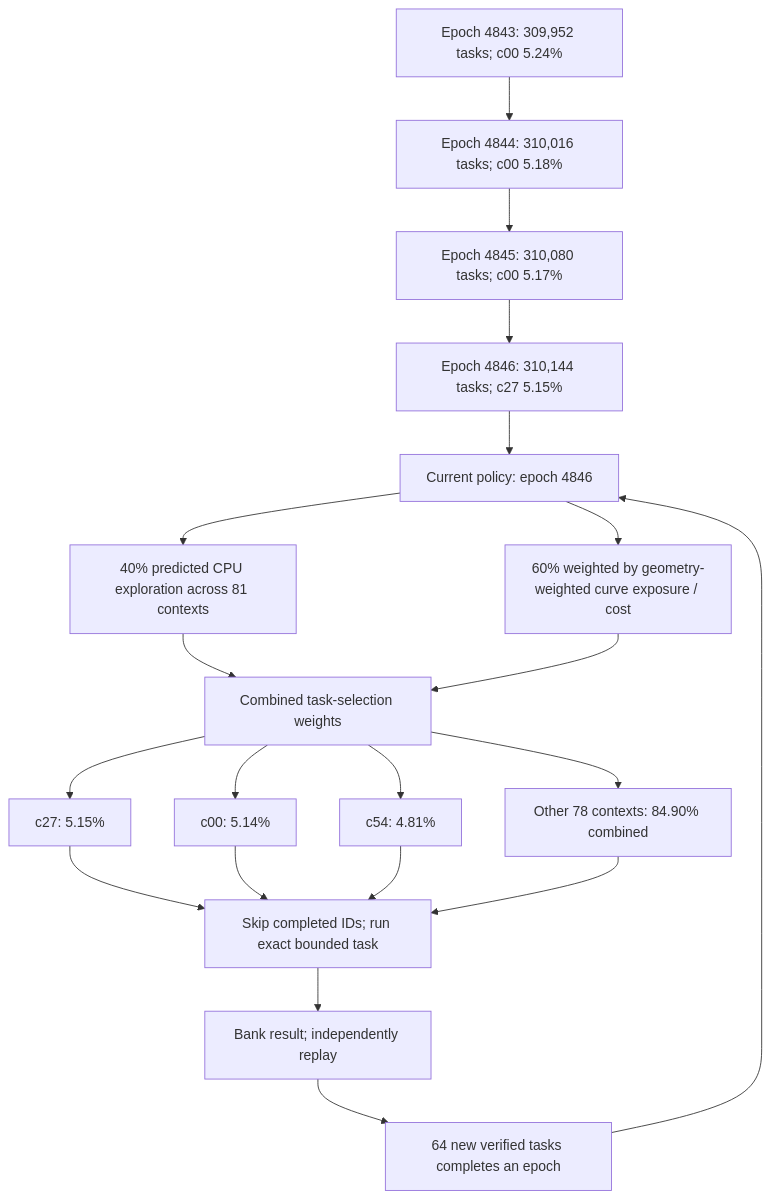
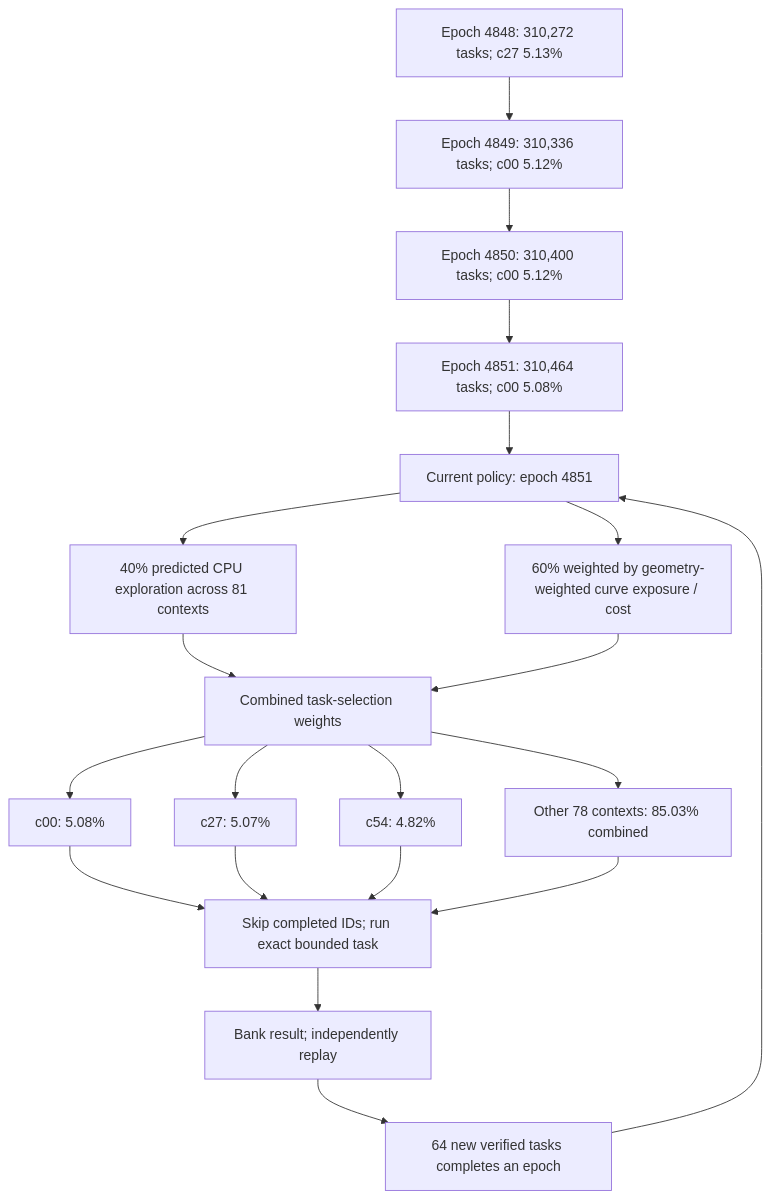
The first of 3 diagrams in README.md (Kuberwastaken/math-gambling), drawn with Mermaid before and after one commit. The commit also changed other lines of this file and 776 other files, not shown here.

````diff
--- a/README.md
+++ b/README.md
@@ -60,27 +60,27 @@
 ```mermaid
 flowchart TD
-    H0["Epoch 4843: 309,952 tasks; c00 5.24%"]
-    H1["Epoch 4844: 310,016 tasks; c00 5.18%"]
+    H0["Epoch 4848: 310,272 tasks; c27 5.13%"]
+    H1["Epoch 4849: 310,336 tasks; c00 5.12%"]
     H0 --> H1
-    H2["Epoch 4845: 310,080 tasks; c00 5.17%"]
+    H2["Epoch 4850: 310,400 tasks; c00 5.12%"]
     H1 --> H2
-    H3["Epoch 4846: 310,144 tasks; c27 5.15%"]
+    H3["Epoch 4851: 310,464 tasks; c00 5.08%"]
     H2 --> H3
-    Policy["Current policy: epoch 4846"]
+    Policy["Current policy: epoch 4851"]
     H3 --> Policy
     Policy --> Explore["40% predicted CPU exploration across 81 contexts"]
     Policy --> Cost["60% weighted by geometry-weighted curve exposure / cost"]
     Explore --> Mix["Combined task-selection weights"]
     Cost --> Mix
-    Mix --> C0["c27: 5.15%"]
-    Mix --> C1["c00: 5.14%"]
-    Mix --> C2["c54: 4.81%"]
-    Mix --> Rest["Other 78 contexts: 84.90% combined"]
+    Mix --> C0["c00: 5.08%"]
+    Mix --> C1["c27: 5.07%"]
+    Mix --> C2["c54: 4.82%"]
+    Mix --> Rest["Other 78 contexts: 85.03% combined"]
     C0 --> Check["Skip completed IDs; run exact bounded task"]
     C1 --> Check
     C2 --> Check
     Rest --> Check
     Check --> Replay["Bank result; independently replay"]
     Replay --> Gate["64 new verified tasks completes an epoch"]
     Gate --> Policy
 ```
````
